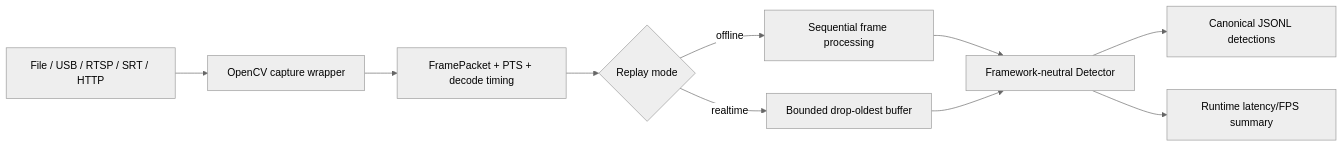
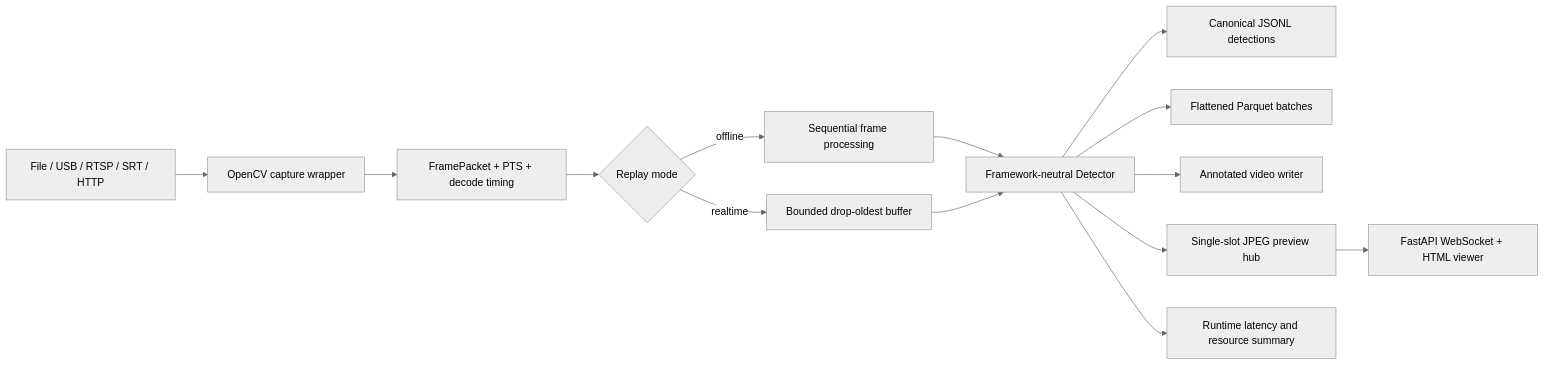
Before and after one commit to zse04152005-del/SeaHunter-Maritime-Detection: the diagram in docs/reports/M1_VIDEO_REPLAY_PROGRESS.md, drawn with Mermaid (neutral theme). The commit also changed other lines of this file and 23 other files, not shown here.

````diff
--- a/docs/reports/M1_VIDEO_REPLAY_PROGRESS.md
+++ b/docs/reports/M1_VIDEO_REPLAY_PROGRESS.md
@@ -30,12 +39,16 @@
 ```mermaid
 flowchart LR
     A["File / USB / RTSP / SRT / HTTP"] --> B["OpenCV capture wrapper"]
     B --> C["FramePacket + PTS + decode timing"]
     C --> D{"Replay mode"}
     D -->|"offline"| E["Sequential frame processing"]
     D -->|"realtime"| F["Bounded drop-oldest buffer"]
     E --> G["Framework-neutral Detector"]
     F --> G
     G --> H["Canonical JSONL detections"]
-    G --> I["Runtime latency/FPS summary"]
+    G --> I["Flattened Parquet batches"]
+    G --> J["Annotated video writer"]
+    G --> K["Single-slot JPEG preview hub"]
+    K --> L["FastAPI WebSocket + HTML viewer"]
+    G --> M["Runtime latency and resource summary"]
 ```
````
